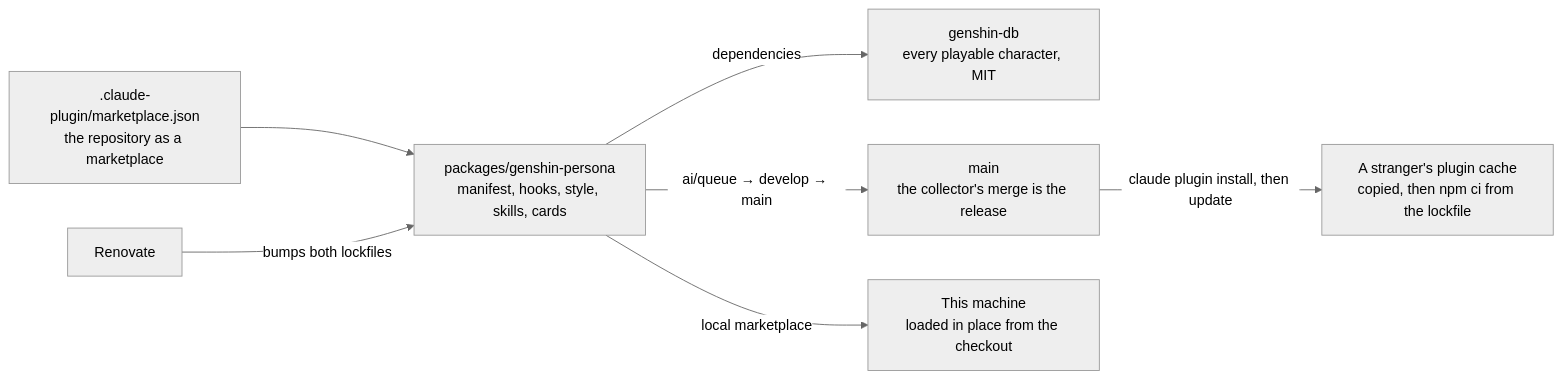
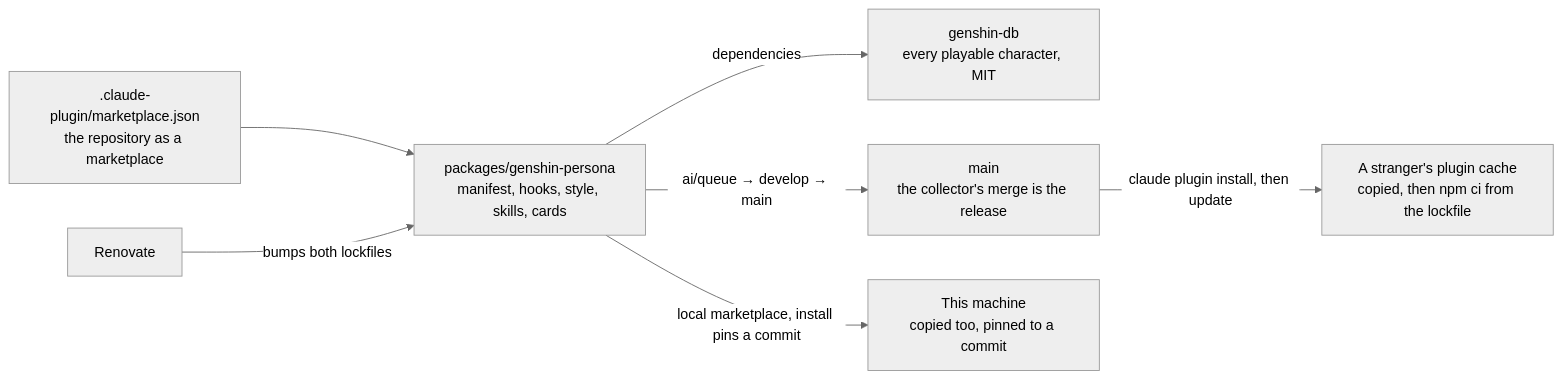
One commit to Esposter/Esposter changed the first of 6 diagrams in apps/web/content/docs/infra/claude-interface/persona-plugin.md. Above: the diagram before and after it, drawn with Mermaid (neutral theme). The commit also changed other lines of this file and 1 other file, not shown here.

Commit message:
docs(genshin-persona): an install is a copy pinned to a commit, and the checkout is loaded by --plugin-dir
The page claimed a relative-path plugin in a directory marketplace is loaded in
place from the checkout. It is not: the CLI copies it into its own cache under a
directory named for the commit and runs it from there, so a pull reaches nothing
until an update moves the pin. Only the state directory launchers name a path,
and a verb run from the checkout aims them at the working tree, which is how a
change can look as though it landed while the session-start hook is still on the
pinned copy.

````diff
--- a/apps/web/content/docs/infra/claude-interface/persona-plugin.md
+++ b/apps/web/content/docs/infra/claude-interface/persona-plugin.md
@@ -16,17 +16,17 @@
 ```mermaid
 flowchart LR
     Marketplace[".claude-plugin/marketplace.json<br/>the repository as a marketplace"]
     Plugin["packages/genshin-persona<br/>manifest, hooks, style, skills, cards"]
     Data["genshin-db<br/>every playable character, MIT"]
     Main["main<br/>the collector's merge is the release"]
     Remote["A stranger's plugin cache<br/>copied, then npm ci from the lockfile"]
-    Local["This machine<br/>loaded in place from the checkout"]
+    Local["This machine<br/>copied too, pinned to a commit"]
     Renovate[Renovate]
 
     Marketplace --> Plugin
     Plugin -->|dependencies| Data
     Renovate -->|bumps both lockfiles| Plugin
     Plugin -->|ai/queue → develop → main| Main
     Main -->|claude plugin install, then update| Remote
-    Plugin -->|local marketplace| Local
+    Plugin -->|local marketplace, install pins a commit| Local
 ```
````
